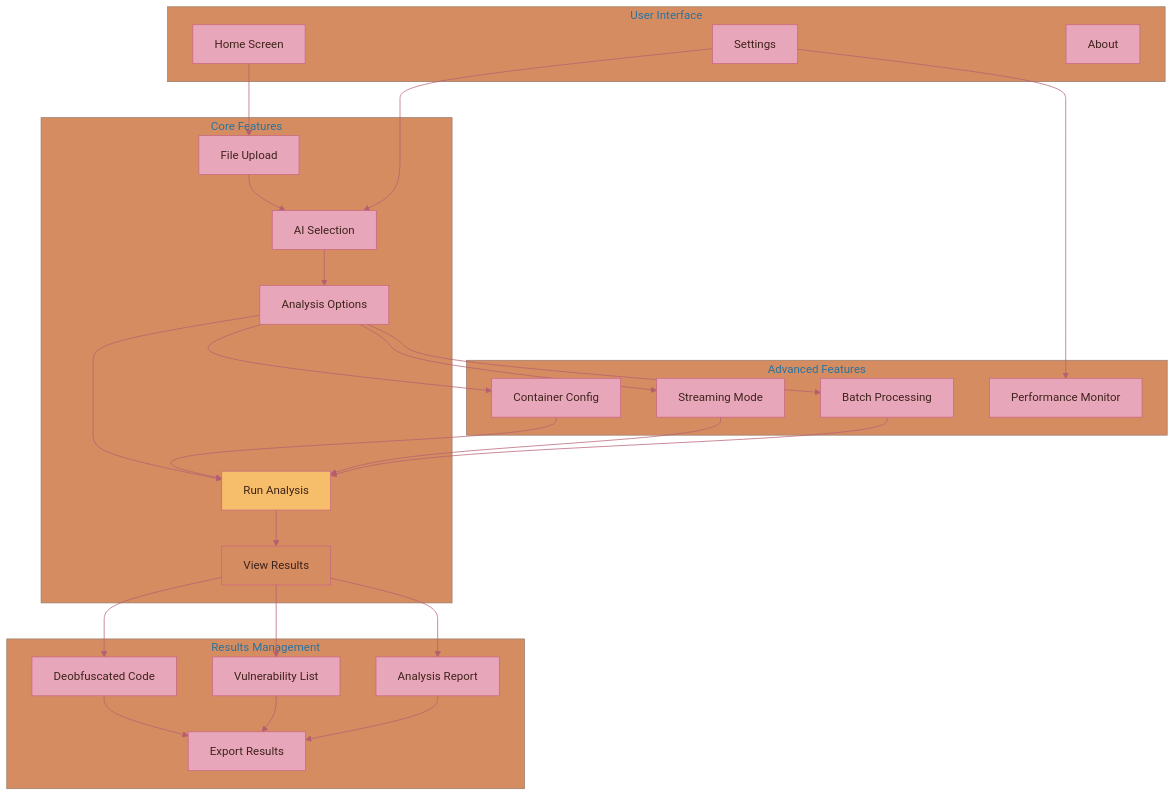
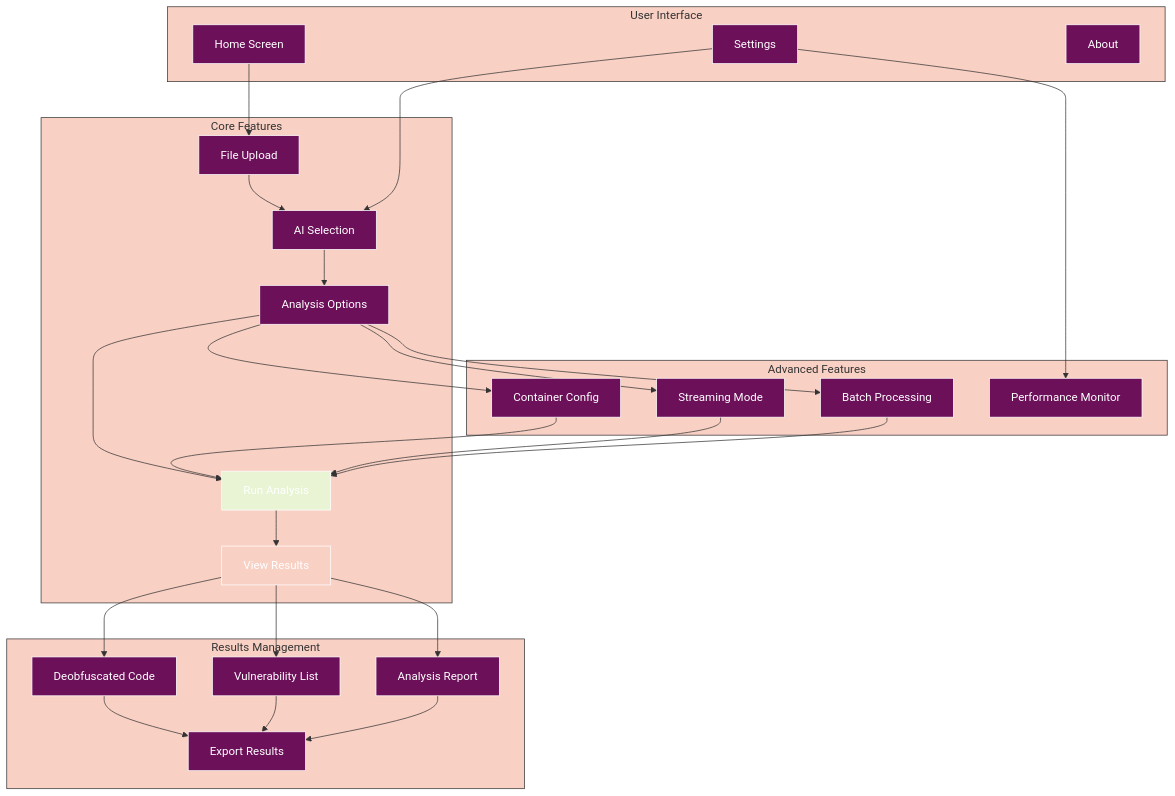
One commit to radicalkjax/Athena changed the second of 16 diagrams in docs/USER_GUIDE.md. Above: the diagram before and after it, drawn with Mermaid. The commit also changed other lines of this file and 27 other files, not shown here.

Commit message:
Introduction of expo package manager. Updated docs to reflect changes. Unified mermaid theme for docs.

````diff
--- a/docs/USER_GUIDE.md
+++ b/docs/USER_GUIDE.md
@@ -102,75 +106,79 @@
 ```mermaid
 %%{init: {
   'theme': 'base',
   'themeVariables': {
-    'primaryColor': '#E8A6BA',
-    'primaryTextColor': '#3E231A',
-    'primaryBorderColor': '#C86681',
-    'lineColor': '#B65E71',
-    'secondaryColor': '#F6BD6B',
-    'tertiaryColor': '#D58C61',
-    'background': '#FFFFFF',
-    'mainBkg': '#E8A6BA',
-    'secondBkg': '#F6BD6B',
-    'tertiaryBkg': '#D58C61',
-    'textColor': '#3E231A',
+    'primaryColor': '#6d105a',
+    'primaryTextColor': '#ffffff',
+    'primaryBorderColor': '#ffffff',
+    'lineColor': '#333333',
+    'secondaryColor': '#e8f4d4',
+    'secondaryTextColor': '#333333',
+    'secondaryBorderColor': '#333333',
+    'tertiaryColor': '#f9d0c4',
+    'tertiaryTextColor': '#333333',
+    'tertiaryBorderColor': '#333333',
+    'background': '#ffffff',
+    'mainBkg': '#6d105a',
+    'secondBkg': '#e8f4d4',
+    'tertiaryBkg': '#f9d0c4',
+    'textColor': '#333333',
     'fontFamily': 'Arial, sans-serif'
   }
 }}%%
 graph TB
     subgraph "User Interface"
         Home[Home Screen]
         Settings[Settings]
         About[About]
     end
     
     subgraph "Core Features"
         Upload[File Upload]
         AISelect[AI Selection]
         Options[Analysis Options]
         Analyze[Run Analysis]
         Results[View Results]
     end
     
     subgraph "Advanced Features"
         Container[Container Config]
         Stream[Streaming Mode]
         Batch[Batch Processing]
         Monitor[Performance Monitor]
     end
     
     subgraph "Results Management"
         Deobfuscated[Deobfuscated Code]
         Vulnerabilities[Vulnerability List]
         Report[Analysis Report]
         Export[Export Results]
     end
     
     Home --> Upload
     Upload --> AISelect
     AISelect --> Options
     Options --> Container
     Options --> Stream
     Options --> Batch
     
     Options --> Analyze
     Container --> Analyze
     Stream --> Analyze
     Batch --> Analyze
     
     Analyze --> Results
     Results --> Deobfuscated
     Results --> Vulnerabilities
     Results --> Report
     
     Deobfuscated --> Export
     Vulnerabilities --> Export
     Report --> Export
     
     Settings --> AISelect
     Settings --> Monitor
     
-    style Home fill:#E8A6BA
-    style Analyze fill:#F6BD6B
-    style Results fill:#D58C61
+    style Home fill:#6d105a
+    style Analyze fill:#e8f4d4
+    style Results fill:#f9d0c4
 ```
````
